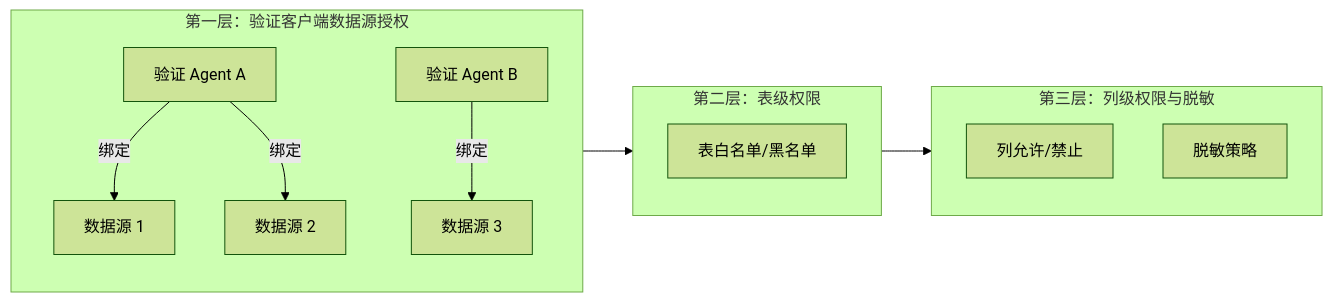
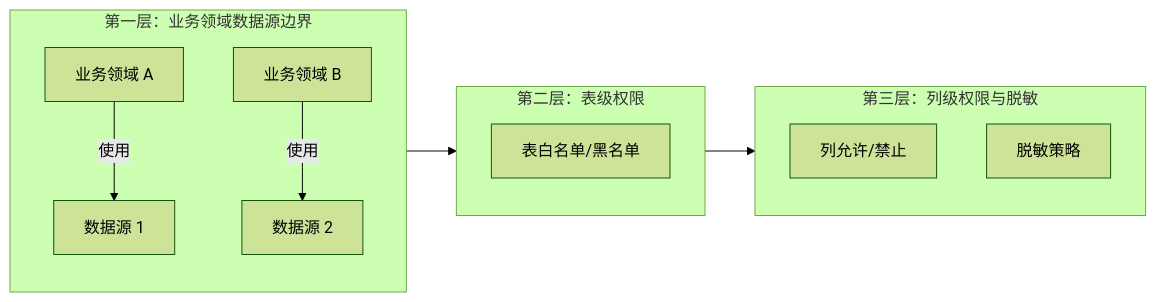
One commit to TtonyLiang/data-agent changed the third of 4 diagrams in README_CN.md. Above: the diagram before and after it, drawn with Mermaid (forest theme). The commit also changed other lines of this file and 80 other files, not shown here.

````diff
--- a/README_CN.md
+++ b/README_CN.md
@@ -474,19 +478,18 @@
 ```mermaid
 flowchart LR
-    subgraph Layer1[第一层：验证客户端数据源授权]
-        A1[验证 Agent A] -->|绑定| D1[数据源 1]
-        A1 -->|绑定| D2[数据源 2]
-        A2[验证 Agent B] -->|绑定| D3[数据源 3]
+    subgraph Layer1[第一层：业务领域数据源边界]
+        B1[业务领域 A] -->|使用| D1[数据源 1]
+        B2[业务领域 B] -->|使用| D2[数据源 2]
     end
 
     subgraph Layer2[第二层：表级权限]
         T1[表白名单/黑名单]
     end
 
     subgraph Layer3[第三层：列级权限与脱敏]
         C1[列允许/禁止]
         M1[脱敏策略]
     end
 
     Layer1 --> Layer2 --> Layer3
 ```
````
